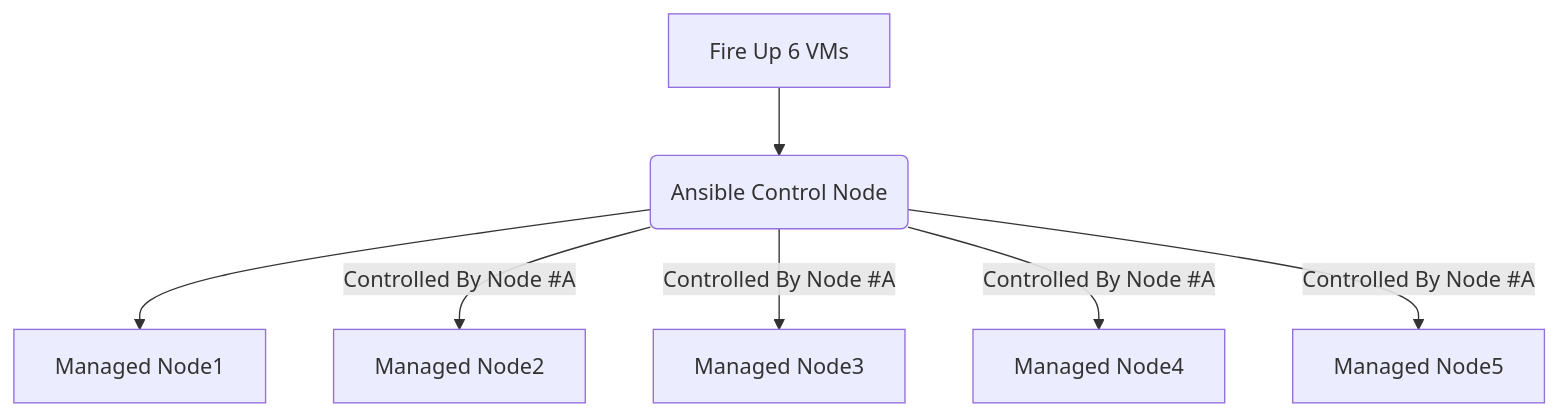
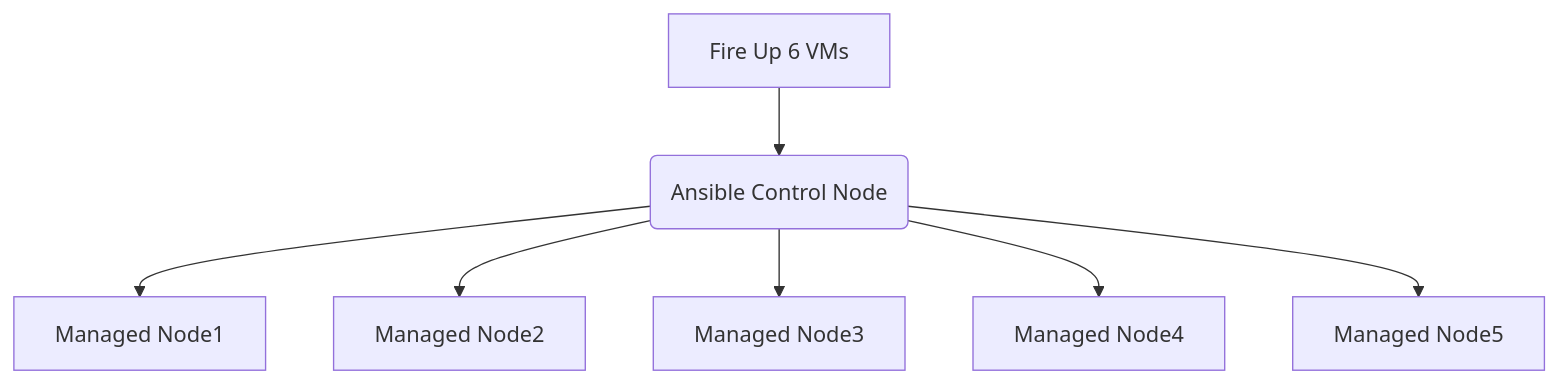
Before and after one commit to RedHatRanger/RHCE9Vagrant: the diagram in NOTES.md, drawn with Mermaid.

````diff
--- a/NOTES.md
+++ b/NOTES.md
@@ -21,9 +21,9 @@
 ```mermaid
 flowchart TD;
     A[Fire Up 6 VMs] --> B(Ansible Control Node);
     B --> C[Managed Node1];
-    B -- Controlled By Node #A --> D[Managed Node2];
-    B -- Controlled By Node #A --> E[Managed Node3];
-    B -- Controlled By Node #A --> F[Managed Node4];
-    B -- Controlled By Node #A --> G[Managed Node5];
+    B --> D[Managed Node2];
+    B --> E[Managed Node3];
+    B --> F[Managed Node4];
+    B --> G[Managed Node5];
 ```
````
